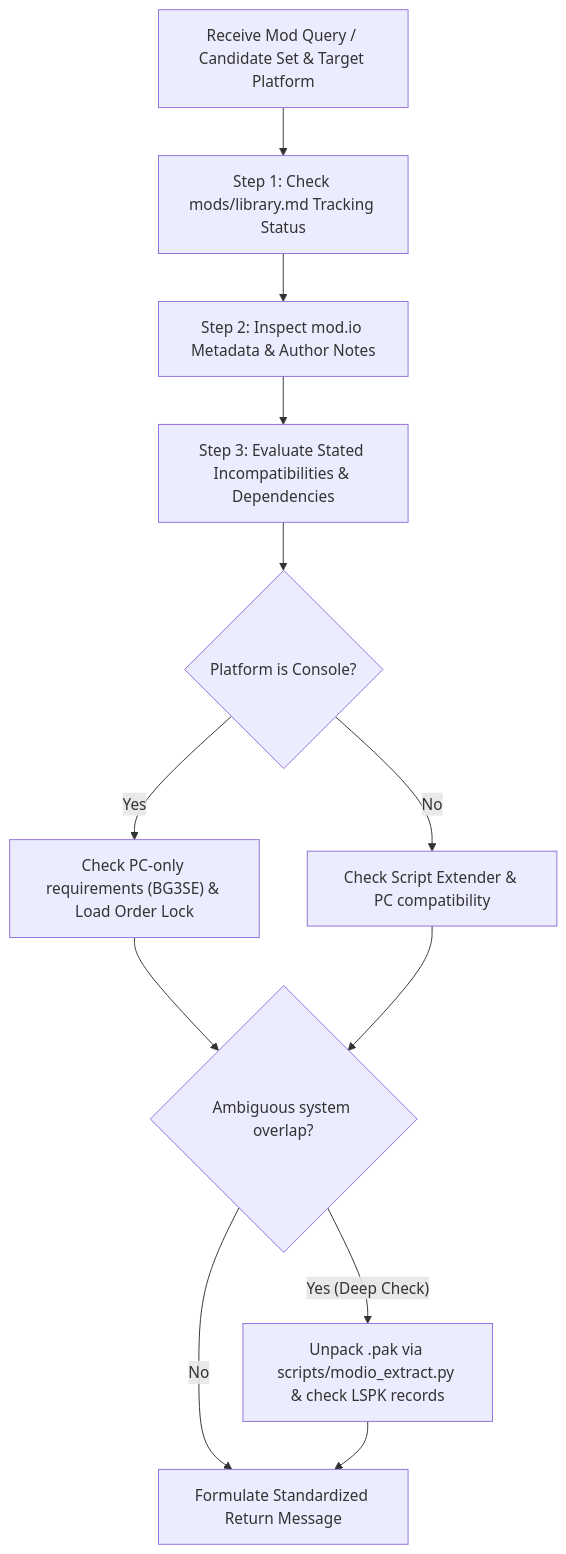
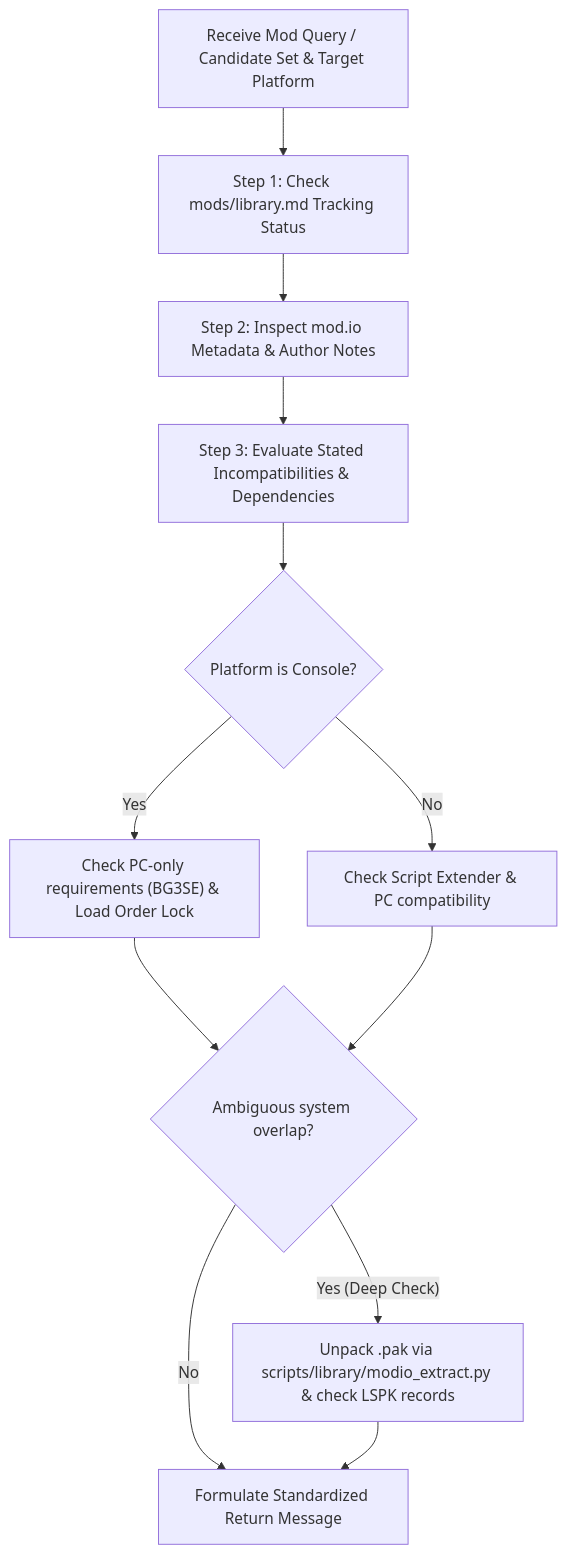
One commit to jpelton-stroud/bg3-mod-studio changed the diagram in .agents/skills/bg3_check_mod_conflicts/SKILL.md. Above: the diagram before and after it, drawn with Mermaid. The commit also changed other lines of this file and 101 other files, not shown here.

````diff
--- a/.agents/skills/bg3_check_mod_conflicts/SKILL.md
+++ b/.agents/skills/bg3_check_mod_conflicts/SKILL.md
@@ -20,14 +20,14 @@
 ```mermaid
 flowchart TD
     Start["Receive Mod Query / Candidate Set & Target Platform"] --> Step1["Step 1: Check mods/library.md Tracking Status"]
     Step1 --> Step2["Step 2: Inspect mod.io Metadata & Author Notes"]
     Step2 --> Step3["Step 3: Evaluate Stated Incompatibilities & Dependencies"]
     Step3 --> Step4{"Platform is Console?"}
     Step4 -->|"Yes"| Step5["Check PC-only requirements (BG3SE) & Load Order Lock"]
     Step4 -->|"No"| Step6["Check Script Extender & PC compatibility"]
     Step5 --> Step7{"Ambiguous system overlap?"}
     Step6 --> Step7
-    Step7 -->|"Yes (Deep Check)"| Step8["Unpack .pak via scripts/modio_extract.py & check LSPK records"]
+    Step7 -->|"Yes (Deep Check)"| Step8["Unpack .pak via scripts/library/modio_extract.py & check LSPK records"]
     Step7 -->|"No"| Step9["Formulate Standardized Return Message"]
     Step8 --> Step9
 ```
````
